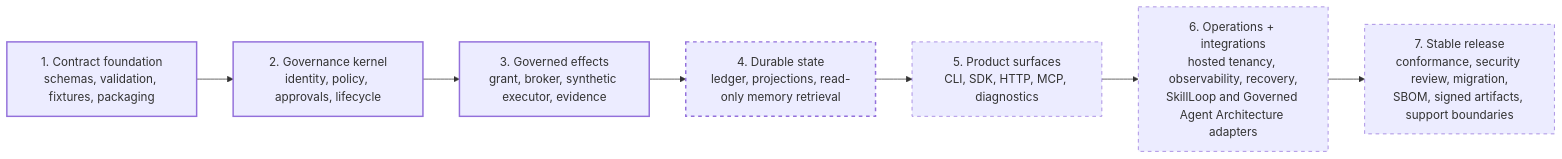
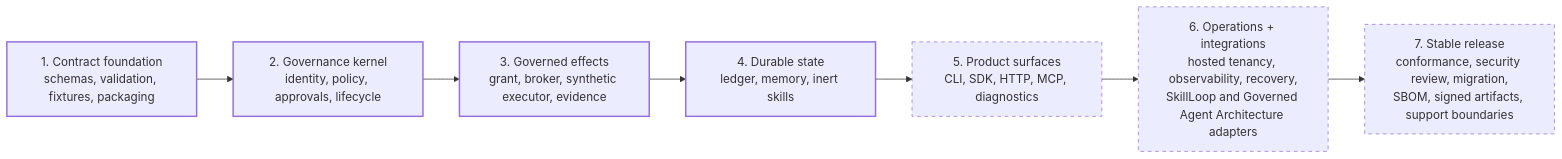
The third of 7 diagrams in docs/ARCHITECTURE.md (lamenting-hawthorn/governed-agent-harness), drawn with Mermaid before and after one commit. The commit also changed other lines of this file and 20 other files, not shown here.

````diff
--- a/docs/ARCHITECTURE.md
+++ b/docs/ARCHITECTURE.md
@@ -140,16 +142,15 @@
 ```mermaid
 flowchart LR
   Foundation["1. Contract foundation\nschemas, validation, fixtures, packaging"]:::done
   Kernel["2. Governance kernel\nidentity, policy, approvals, lifecycle"]:::done
   Effects["3. Governed effects\ngrant, broker, synthetic executor, evidence"]:::done
-  State["4. Durable state\nledger, projections, read-only memory retrieval"]:::inprogress
+  State["4. Durable state\nledger, memory, inert skills"]:::done
   Surfaces["5. Product surfaces\nCLI, SDK, HTTP, MCP, diagnostics"]:::planned
   Operations["6. Operations + integrations\nhosted tenancy, observability, recovery,\nSkillLoop and Governed Agent Architecture adapters"]:::planned
   Release["7. Stable release\nconformance, security review, migration,\nSBOM, signed artifacts, support boundaries"]:::planned
 
   Foundation --> Kernel --> Effects --> State --> Surfaces --> Operations --> Release
 
   classDef done stroke-width:2px
-  classDef inprogress stroke-width:2px,stroke-dasharray:5 5
   classDef planned stroke-dasharray:5 5
 ```
````
